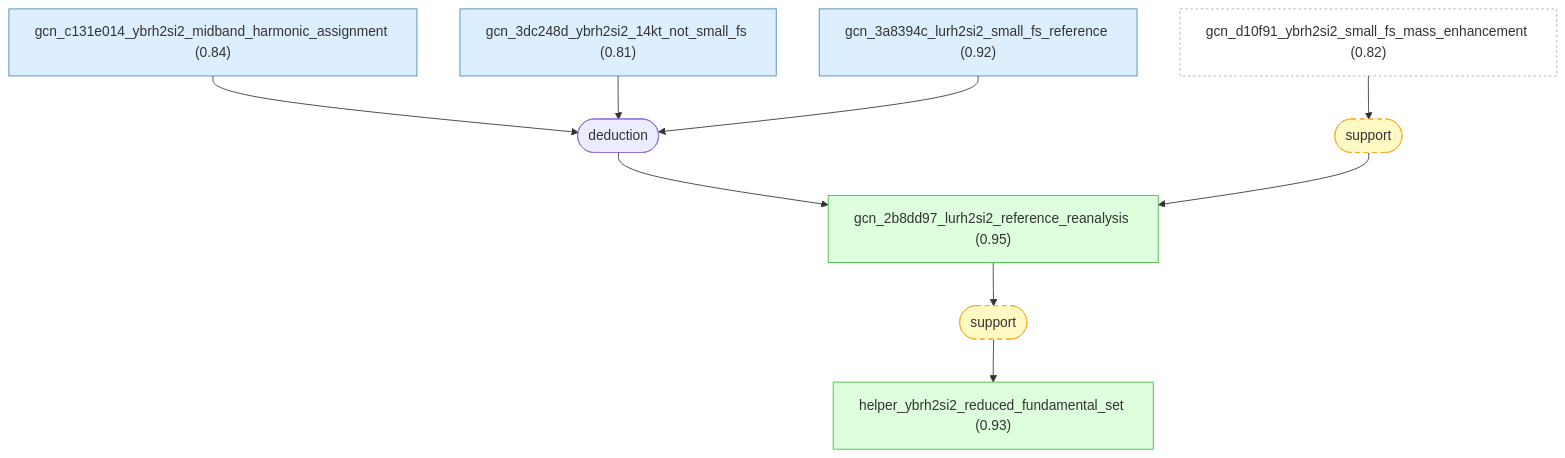
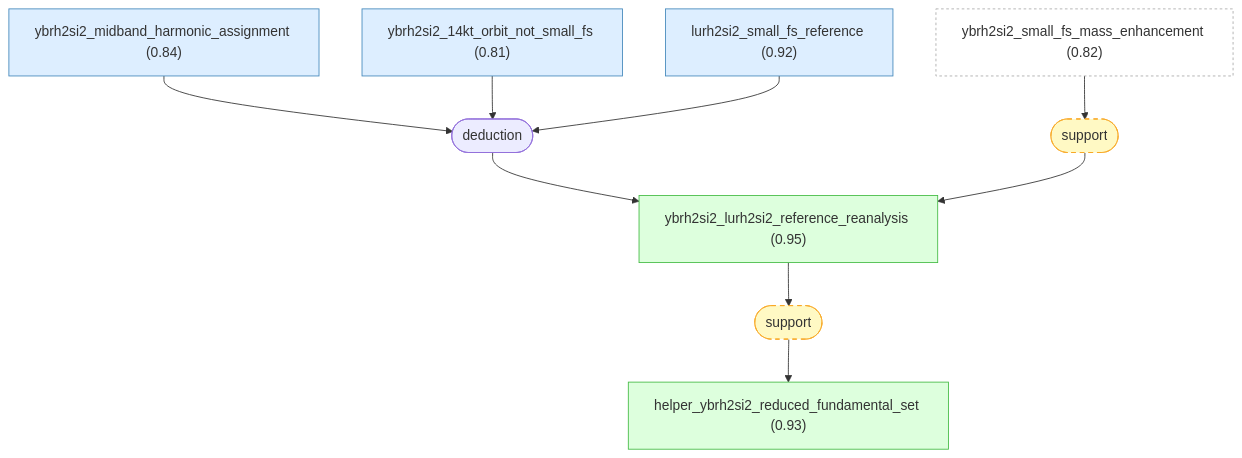
The fifth of 13 diagrams in docs/detailed-reasoning.md (Callo42/fermi-liquid-effective-mass-gaia), drawn with Mermaid before and after one commit. The commit also changed other lines of this file and 33 other files, not shown here.

````diff
--- a/docs/detailed-reasoning.md
+++ b/docs/detailed-reasoning.md
@@ -696,30 +696,30 @@
 ```mermaid
 graph TD
-    gcn_c131e014_ybrh2si2_midband_harmonic_assignment["gcn_c131e014_ybrh2si2_midband_harmonic_assignment (0.84)"]:::premise
-    gcn_3dc248d_ybrh2si2_14kt_not_small_fs["gcn_3dc248d_ybrh2si2_14kt_not_small_fs (0.81)"]:::premise
-    gcn_3a8394c_lurh2si2_small_fs_reference["gcn_3a8394c_lurh2si2_small_fs_reference (0.92)"]:::premise
-    gcn_2b8dd97_lurh2si2_reference_reanalysis["gcn_2b8dd97_lurh2si2_reference_reanalysis (0.95)"]:::derived
+    ybrh2si2_midband_harmonic_assignment["ybrh2si2_midband_harmonic_assignment (0.84)"]:::premise
+    ybrh2si2_14kt_orbit_not_small_fs["ybrh2si2_14kt_orbit_not_small_fs (0.81)"]:::premise
+    lurh2si2_small_fs_reference["lurh2si2_small_fs_reference (0.92)"]:::premise
+    ybrh2si2_lurh2si2_reference_reanalysis["ybrh2si2_lurh2si2_reference_reanalysis (0.95)"]:::derived
     helper_ybrh2si2_reduced_fundamental_set["helper_ybrh2si2_reduced_fundamental_set (0.93)"]:::derived
-    gcn_d10f91_ybrh2si2_small_fs_mass_enhancement["gcn_d10f91_ybrh2si2_small_fs_mass_enhancement (0.82)"]:::external
+    ybrh2si2_small_fs_mass_enhancement["ybrh2si2_small_fs_mass_enhancement (0.82)"]:::external
     strat_10(["deduction"])
-    gcn_c131e014_ybrh2si2_midband_harmonic_assignment --> strat_10
-    gcn_3dc248d_ybrh2si2_14kt_not_small_fs --> strat_10
-    gcn_3a8394c_lurh2si2_small_fs_reference --> strat_10
-    strat_10 --> gcn_2b8dd97_lurh2si2_reference_reanalysis
+    ybrh2si2_midband_harmonic_assignment --> strat_10
+    ybrh2si2_14kt_orbit_not_small_fs --> strat_10
+    lurh2si2_small_fs_reference --> strat_10
+    strat_10 --> ybrh2si2_lurh2si2_reference_reanalysis
     strat_11(["support"]):::weak
-    gcn_2b8dd97_lurh2si2_reference_reanalysis --> strat_11
+    ybrh2si2_lurh2si2_reference_reanalysis --> strat_11
     strat_11 --> helper_ybrh2si2_reduced_fundamental_set
     strat_22(["support"]):::weak
-    gcn_d10f91_ybrh2si2_small_fs_mass_enhancement --> strat_22
-    strat_22 --> gcn_2b8dd97_lurh2si2_reference_reanalysis
+    ybrh2si2_small_fs_mass_enhancement --> strat_22
+    strat_22 --> ybrh2si2_lurh2si2_reference_reanalysis
 
     classDef setting fill:#f0f0f0,stroke:#999,color:#333
     classDef premise fill:#ddeeff,stroke:#4488bb,color:#333
     classDef derived fill:#ddffdd,stroke:#44bb44,color:#333
     classDef question fill:#fff3dd,stroke:#cc9944,color:#333
     classDef background fill:#f5f5f5,stroke:#bbb,stroke-dasharray: 5 5,color:#333
     classDef orphan fill:#fff,stroke:#ccc,stroke-dasharray: 5 5,color:#333
     classDef external fill:#fff,stroke:#aaa,stroke-dasharray: 3 3,color:#333
     classDef weak fill:#fff9c4,stroke:#f9a825,stroke-dasharray: 5 5,color:#333
     classDef contra fill:#ffebee,stroke:#c62828,color:#333
 ```
````
